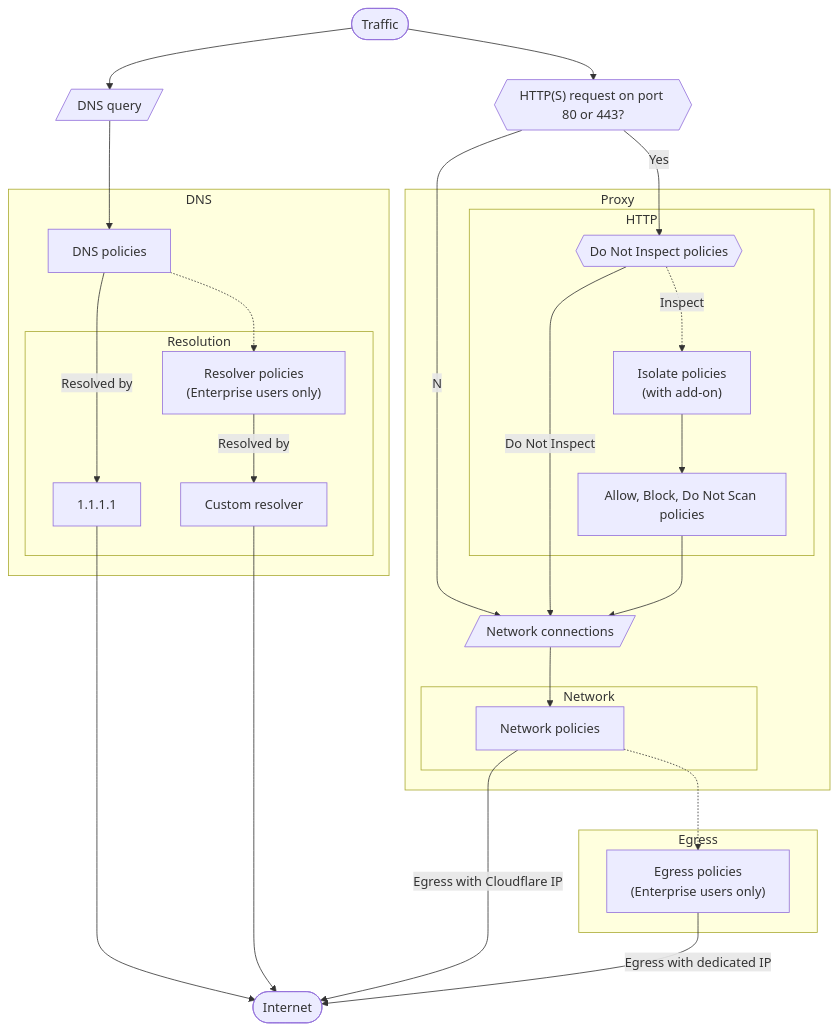
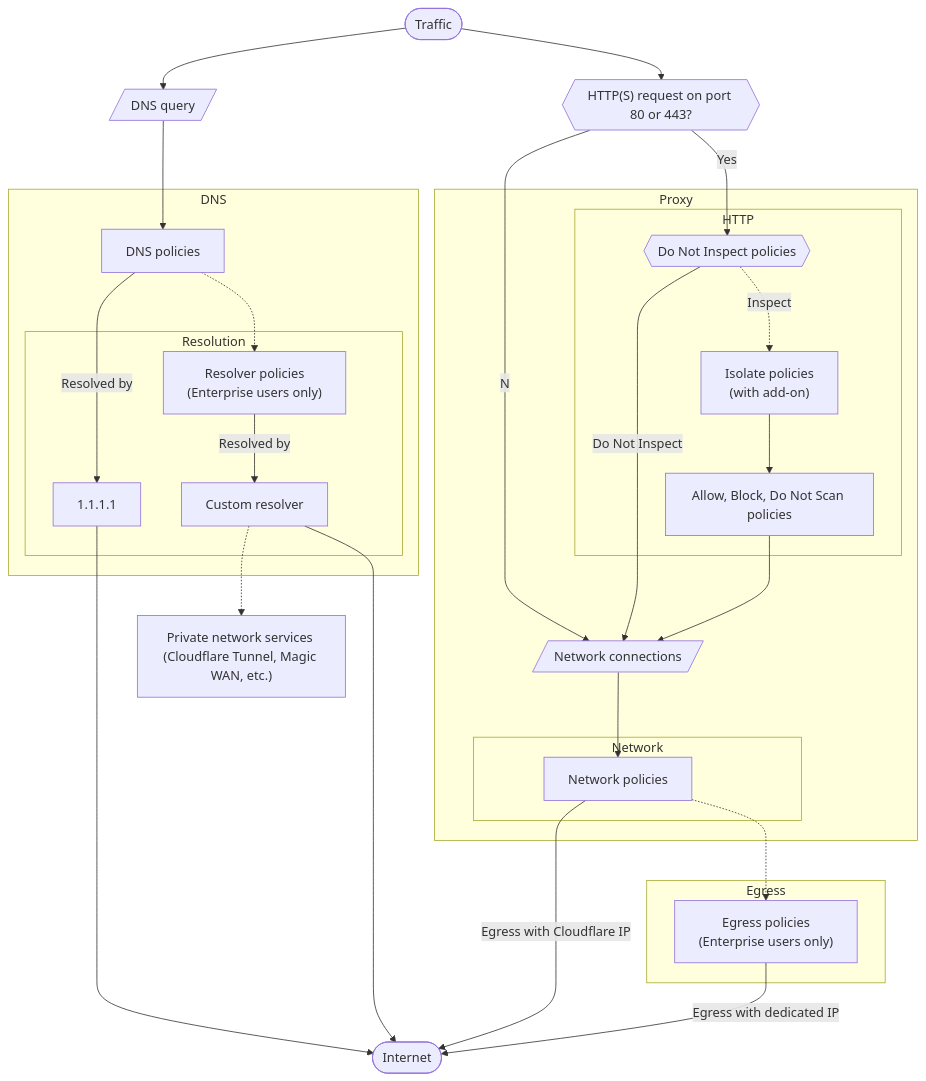
The diagram in content/cloudflare-one/policies/gateway/order-of-enforcement.md (cloudflare/cloudflare-docs), drawn with Mermaid before and after one commit.

Commit message:
Add private network services

````diff
--- a/content/cloudflare-one/policies/gateway/order-of-enforcement.md
+++ b/content/cloudflare-one/policies/gateway/order-of-enforcement.md
@@ -11,58 +11,60 @@
 ```mermaid
 flowchart TB
     %% Accessibility
     accTitle: Gateway order of enforcement
     accDescr: Flowchart describing the order of enforcement for Gateway policies.
 
     %% In with user traffic
     start(["Traffic"])-->dns0[/"DNS query"/]-->dns1
     start-->http0{{"HTTP(S) request on port 80 or 443?"}}
     http0--Yes-->http1
     http0--No-->network0
 
     %% DNS policies
     subgraph DNS
     dns1["DNS policies"]
     style DNS text-align:left
     dns1--Resolved by-->dns2["1.1.1.1"]
     dns1-.->dns3
 
         %% DNS resolution
         subgraph Resolution
         dns2["1.1.1.1"]
         dns3["Resolver policies <br />(Enterprise users only)"]--Resolved by-->dns4["Custom resolver"]
         end
 
     end
     dns2["1.1.1.1"]----->internet
     dns4----->internet
+    dns4-.->cloudflare["Private network services <br />(Cloudflare Tunnel, Magic WAN, etc.)"]
+
 
     %% Proxied by Gateway
     subgraph Proxy
 
     %% HTTP policies
     subgraph HTTP
     http1{{"Do Not Inspect policies"}}
     http1-."Inspect".->http2["Isolate policies  <br />(with add-on)"]
     http2-->http3["Allow, Block, Do Not Scan policies"]
     end
 
     http1--Do Not Inspect-->network0
     http3-->network0
     network0[/"Network connections"/]-->network1
 
     %% Network policies
     subgraph Network
     network1["Network policies"]
     end
     end
 
     %% Egress
     subgraph Egress
     network1-.->egress1["Egress policies <br />(Enterprise users only)"]
     end
 
     %% Finish
     network1--Egress with Cloudflare IP-->internet([Internet])
     egress1--Egress with dedicated IP-->internet
 ```
````
